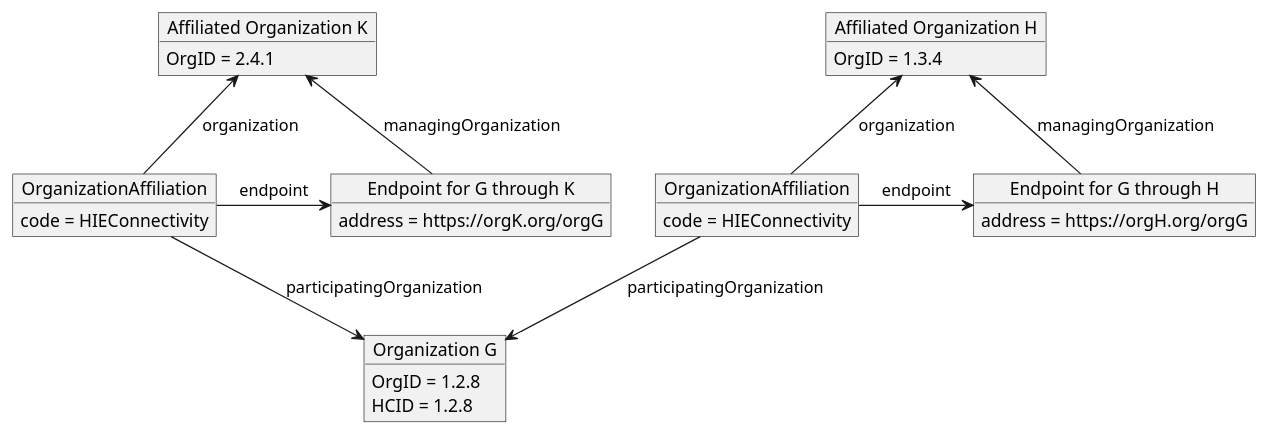
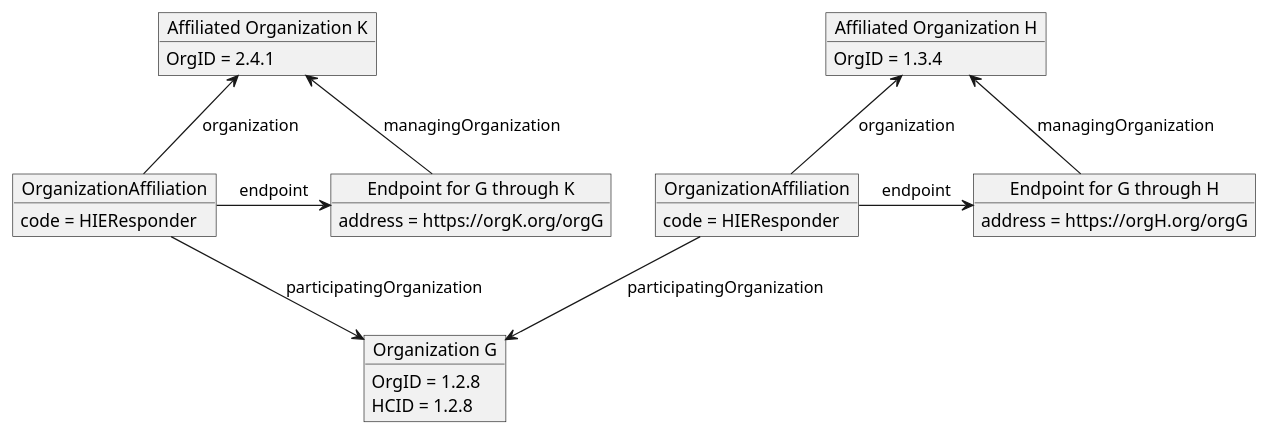
One commit to IHE/ITI.Topologies changed the diagram in images-source/dir-org-specific-endpoint-multiple-routes.plantuml. Above: the diagram before and after it, drawn with PlantUML. The commit also changed 12 other files, not shown here.

```diff
--- a/images-source/dir-org-specific-endpoint-multiple-routes.plantuml
+++ b/images-source/dir-org-specific-endpoint-multiple-routes.plantuml
@@ -1,31 +1,31 @@
 @startuml dir-org-specific-endpoint-multiple-routes
 hide footbox
 
 object "Organization G" as OrganizationG
 OrganizationG : OrgID = 1.2.8
 OrganizationG : HCID = 1.2.8
 object "Affiliated Organization H" as OrganizationH
 OrganizationH : OrgID = 1.3.4
 object "OrganizationAffiliation" as OrgAff
-OrgAff : code = HIEConnectivity
+OrgAff : code = HIEResponder
 object "Endpoint for G through H" as EndpointH
 EndpointH : address = https://orgH.org/orgG
 
 object "Affiliated Organization K" as OrganizationK
 OrganizationK : OrgID = 2.4.1
 object "OrganizationAffiliation" as OrgAff2
-OrgAff2 : code = HIEConnectivity
+OrgAff2 : code = HIEResponder
 object "Endpoint for G through K" as EndpointK
 EndpointK : address = https://orgK.org/orgG
 
 OrgAff --> OrganizationG : participatingOrganization
 OrganizationH <-- OrgAff : organization
 OrgAff -> EndpointH : endpoint
 OrganizationH <- EndpointH : managingOrganization
 
 OrgAff2 --> OrganizationG : participatingOrganization
 OrganizationK <-- OrgAff2 : organization
 OrgAff2 -> EndpointK : endpoint
 OrganizationK <- EndpointK : managingOrganization
 
 @enduml
```
